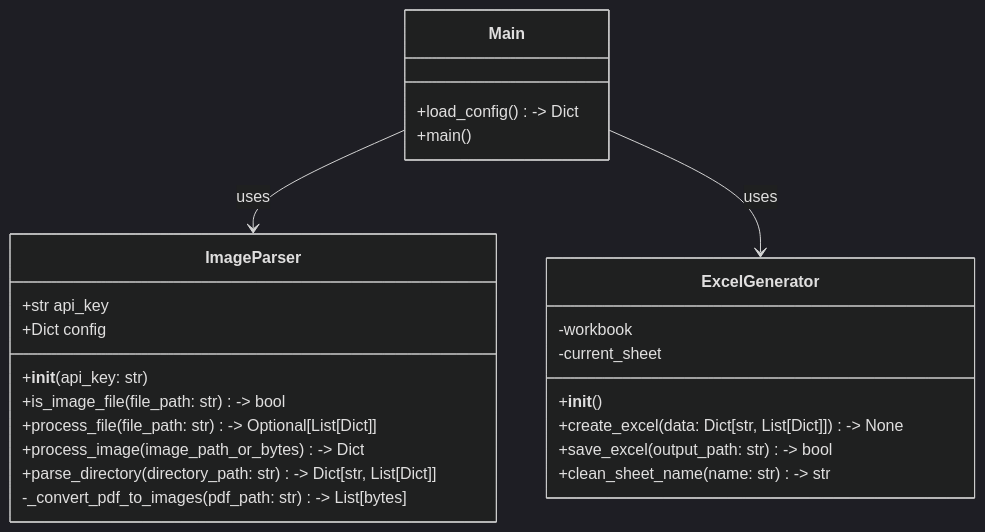
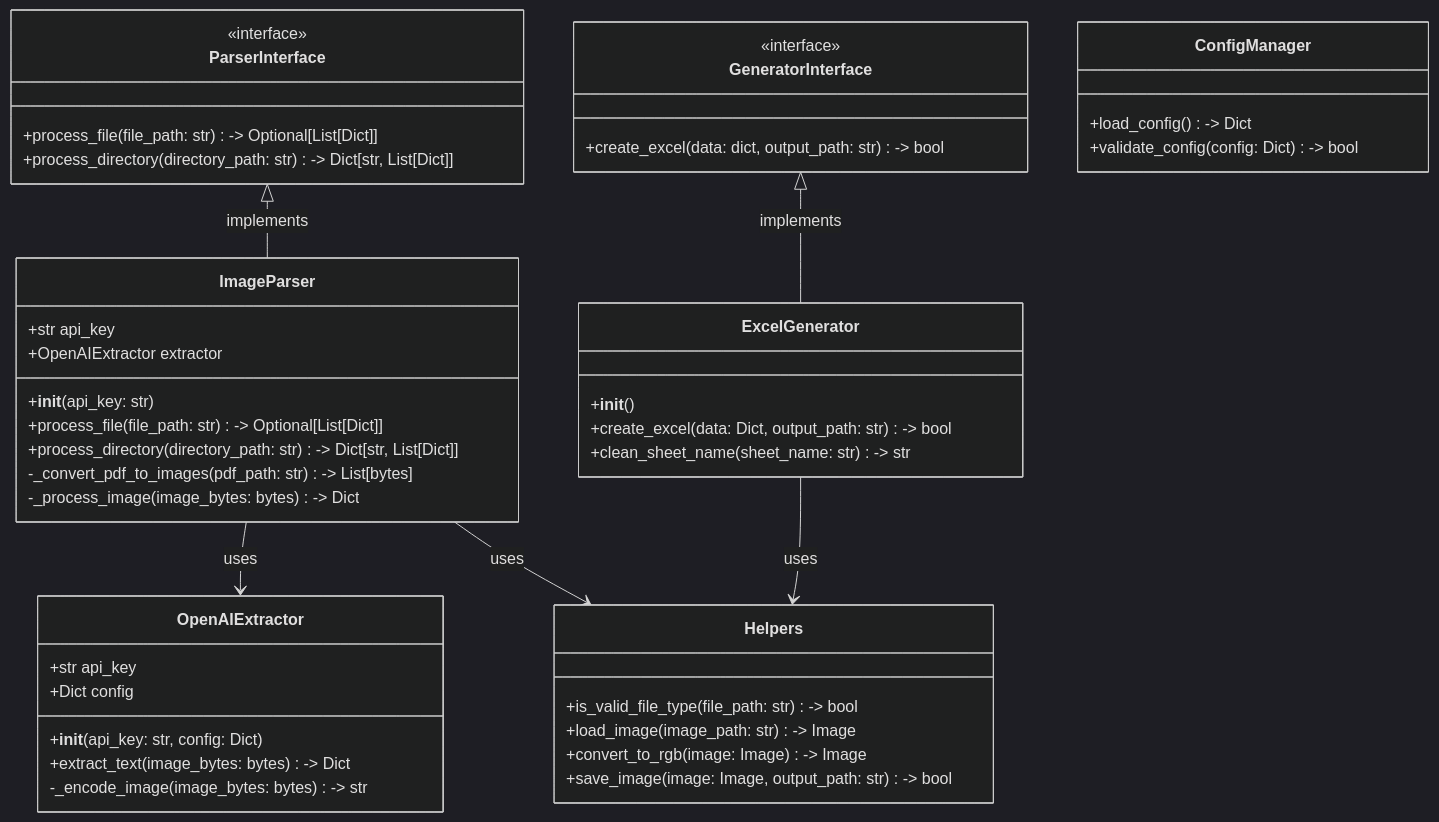
The first of 2 diagrams in README.md (vallabhallm/image_to_excel), drawn with Mermaid (dark theme) before and after one commit. The commit also changed other lines of this file and 20 other files, not shown here.

Commit message:
Fix image and PDF processing, improve test coverage, and fix Excel generation

````diff
--- a/README.md
+++ b/README.md
@@ -39,30 +57,55 @@
 ```mermaid
 classDiagram
+    class GeneratorInterface {
+        <<interface>>
+        +create_excel(data: dict, output_path: str) -> bool
+    }
+
+    class ParserInterface {
+        <<interface>>
+        +process_file(file_path: str) -> Optional[List[Dict]]
+        +process_directory(directory_path: str) -> Dict[str, List[Dict]]
+    }
+
     class ImageParser {
         +str api_key
-        +Dict config
+        +OpenAIExtractor extractor
         +__init__(api_key: str)
-        +is_image_file(file_path: str) -> bool
         +process_file(file_path: str) -> Optional[List[Dict]]
-        +process_image(image_path_or_bytes) -> Dict
-        +parse_directory(directory_path: str) -> Dict[str, List[Dict]]
+        +process_directory(directory_path: str) -> Dict[str, List[Dict]]
         -_convert_pdf_to_images(pdf_path: str) -> List[bytes]
-    }
-    
-    class ExcelGenerator {
-        -workbook
-        -current_sheet
-        +__init__()
-        +create_excel(data: Dict[str, List[Dict]]) -> None
-        +save_excel(output_path: str) -> bool
-        +clean_sheet_name(name: str) -> str
-    }
-    
-    class Main {
-        +load_config() -> Dict
-        +main()
+        -_process_image(image_bytes: bytes) -> Dict
     }
 
-    Main --> ImageParser : uses
-    Main --> ExcelGenerator : uses
+    class OpenAIExtractor {
+        +str api_key
+        +Dict config
+        +__init__(api_key: str, config: Dict)
+        +extract_text(image_bytes: bytes) -> Dict
+        -_encode_image(image_bytes: bytes) -> str
+    }
+
+    class ExcelGenerator {
+        +__init__()
+        +create_excel(data: Dict, output_path: str) -> bool
+        +clean_sheet_name(sheet_name: str) -> str
+    }
+
+    class ConfigManager {
+        +load_config() -> Dict
+        +validate_config(config: Dict) -> bool
+    }
+
+    class Helpers {
+        +is_valid_file_type(file_path: str) -> bool
+        +load_image(image_path: str) -> Image
+        +convert_to_rgb(image: Image) -> Image
+        +save_image(image: Image, output_path: str) -> bool
+    }
+
+    GeneratorInterface <|-- ExcelGenerator : implements
+    ParserInterface <|-- ImageParser : implements
+    ImageParser --> OpenAIExtractor : uses
+    ImageParser --> Helpers : uses
+    ExcelGenerator --> Helpers : uses
 ```
````
